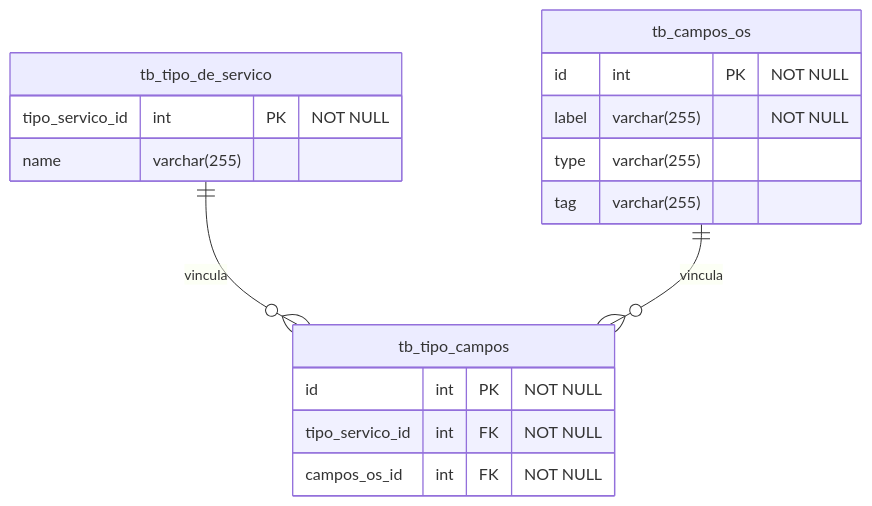
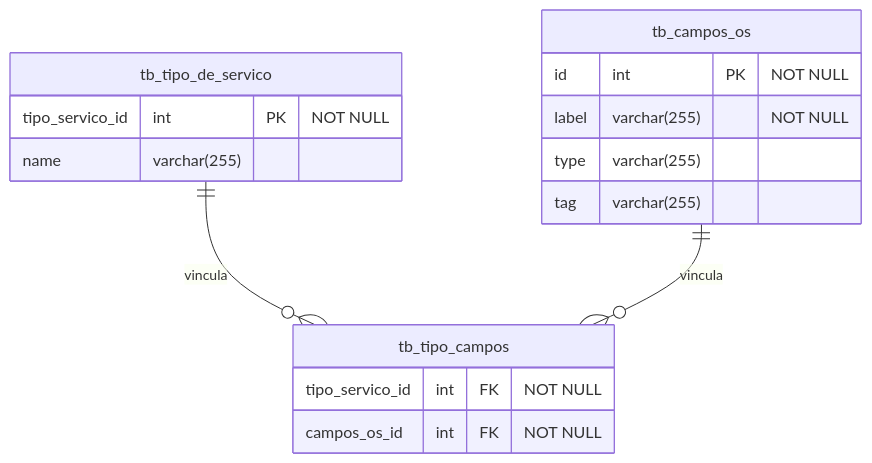
The second of 2 diagrams in README.md (VitorVts/O.SGen2), drawn with Mermaid before and after one commit.

````diff
--- a/README.md
+++ b/README.md
@@ -37,23 +37,22 @@
 ```mermaid
 erDiagram
     tb_tipo_de_servico {
         tipo_servico_id int PK "NOT NULL"
         name varchar(255)
     }
 
     tb_campos_os {
         id int PK "NOT NULL"
         label varchar(255) "NOT NULL"
         type varchar(255)
         tag varchar(255)
     }
 
     tb_tipo_campos {
-        id int PK "NOT NULL"
         tipo_servico_id int FK "NOT NULL"
         campos_os_id int FK "NOT NULL"
     }
 
     tb_tipo_de_servico ||--o{ tb_tipo_campos : vincula
     tb_campos_os ||--o{ tb_tipo_campos : vincula
 ```
````
